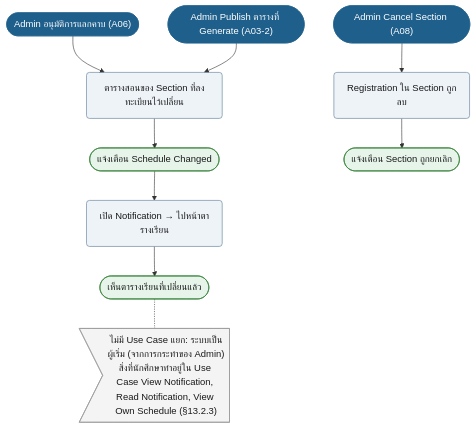
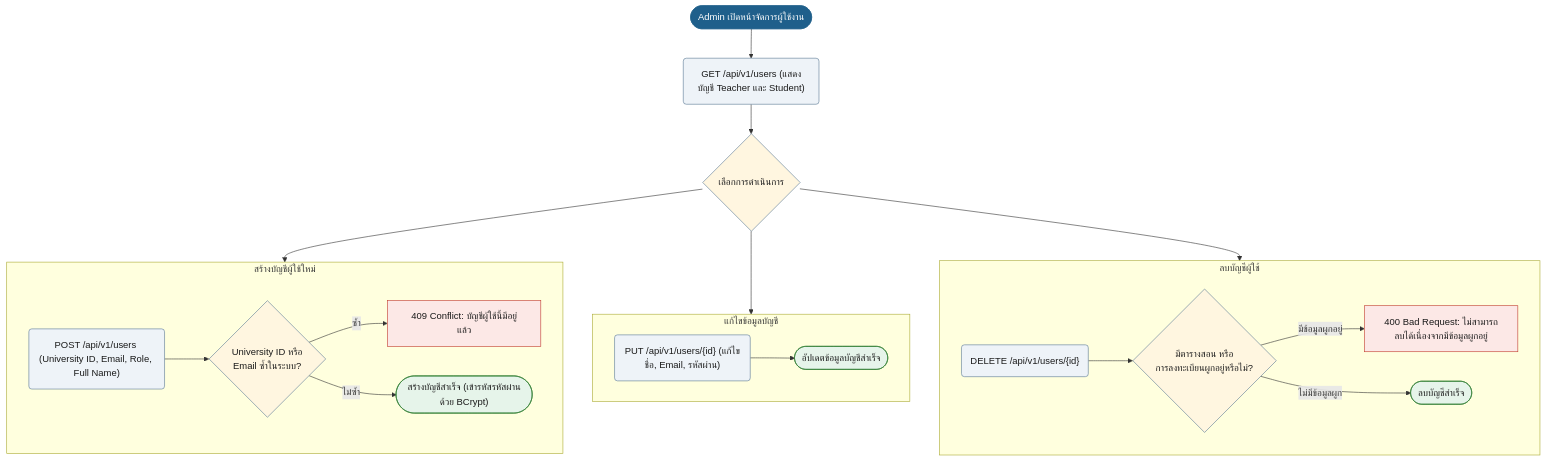
Diagram 13 of 19 in doc/diagram/Userflow_diagram.md (synthesixer/AcadOS), drawn with Mermaid before and after one commit. The commit also changed other lines of this file and 8 other files, not shown here.

````diff
--- a/doc/diagram/Userflow_diagram.md
+++ b/doc/diagram/Userflow_diagram.md
@@ -434,27 +516,39 @@
 ```mermaid
 flowchart TD
-    n1(["Admin อนุมัติการแลกคาบ (A06)"]):::start
-    n2(["Admin Publish ตารางที่ Generate (A03-2)"]):::start
-    n3("ตารางสอนของ Section ที่ลงทะเบียนไว้เปลี่ยน"):::act
-    n1 --> n3
-    n2 --> n3
-    n4(["แจ้งเตือน Schedule Changed"]):::ok
-    n3 --> n4
-    n5("เปิด Notification → ไปหน้าตารางเรียน"):::act
-    n4 --> n5
-    n6(["เห็นตารางเรียนที่เปลี่ยนแล้ว"]):::ok
-    n5 --> n6
-    n7(["Admin Cancel Section (A08)"]):::start
-    n8("Registration ใน Section ถูกลบ"):::act
-    n9(["แจ้งเตือน Section ถูกยกเลิก"]):::ok
-    n7 --> n8
-    n8 --> n9
-    n10>"ไม่มี Use Case แยก: ระบบเป็นผู้เริ่ม (จากการกระทำของ Admin)<br/>สิ่งที่นักศึกษาทำอยู่ใน Use Case View Notification, Read Notification, View Own Schedule (§13.2.3)"]:::note
-    n6 -.- n10
+    n1(["Admin เปิดหน้าจัดการผู้ใช้งาน"]):::start
+    n2("GET /api/v1/users (แสดงบัญชี Teacher และ Student)"):::act
+    n1 --> n2
+    act_choice{"เลือกการดำเนินการ"}:::dec
+    n2 --> act_choice
+
+    subgraph User_Create ["สร้างบัญชีผู้ใช้ใหม่"]
+        u_post("POST /api/v1/users (University ID, Email, Role, Full Name)"):::act
+        u_chk{"University ID หรือ<br/>Email ซ้ำในระบบ?"}:::dec
+        u_post --> u_chk
+        u_chk -->|ซ้ำ| u_err["409 Conflict: บัญชีผู้ใช้นี้มีอยู่แล้ว"]:::bad
+        u_chk -->|ไม่ซ้ำ| u_ok(["สร้างบัญชีสำเร็จ (เข้ารหัสรหัสผ่านด้วย BCrypt)"]):::ok
+    end
+
+    subgraph User_Update ["แก้ไขข้อมูลบัญชี"]
+        up_put("PUT /api/v1/users/{id} (แก้ไขชื่อ, Email, รหัสผ่าน)"):::act
+        up_put --> up_ok(["อัปเดตข้อมูลบัญชีสำเร็จ"]):::ok
+    end
+
+    subgraph User_Delete ["ลบบัญชีผู้ใช้"]
+        ud_del("DELETE /api/v1/users/{id}"):::act
+        ud_chk{"มีตารางสอน หรือ<br/>การลงทะเบียนผูกอยู่หรือไม่?"}:::dec
+        ud_del --> ud_chk
+        ud_chk -->|มีข้อมูลผูกอยู่| ud_err["400 Bad Request: ไม่สามารถลบได้เนื่องจากมีข้อมูลผูกอยู่"]:::bad
+        ud_chk -->|ไม่มีข้อมูลผูก| ud_ok(["ลบบัญชีสำเร็จ"]):::ok
+    end
+
+    act_choice --> User_Create
+    act_choice --> User_Update
+    act_choice --> User_Delete
+
     classDef start fill:#1F5F8B,stroke:#1F5F8B,color:#fff
     classDef act fill:#EEF3F8,stroke:#5B7A94,color:#1a1a1a
     classDef dec fill:#FFF6E0,stroke:#5B7A94,color:#1a1a1a
     classDef bad fill:#FCE8E6,stroke:#C0392B,color:#1a1a1a
     classDef ok fill:#E6F4EA,stroke:#2E7D32,color:#1a1a1a
-    classDef note fill:#F4F4F4,stroke:#999,color:#1a1a1a
 ```
````
